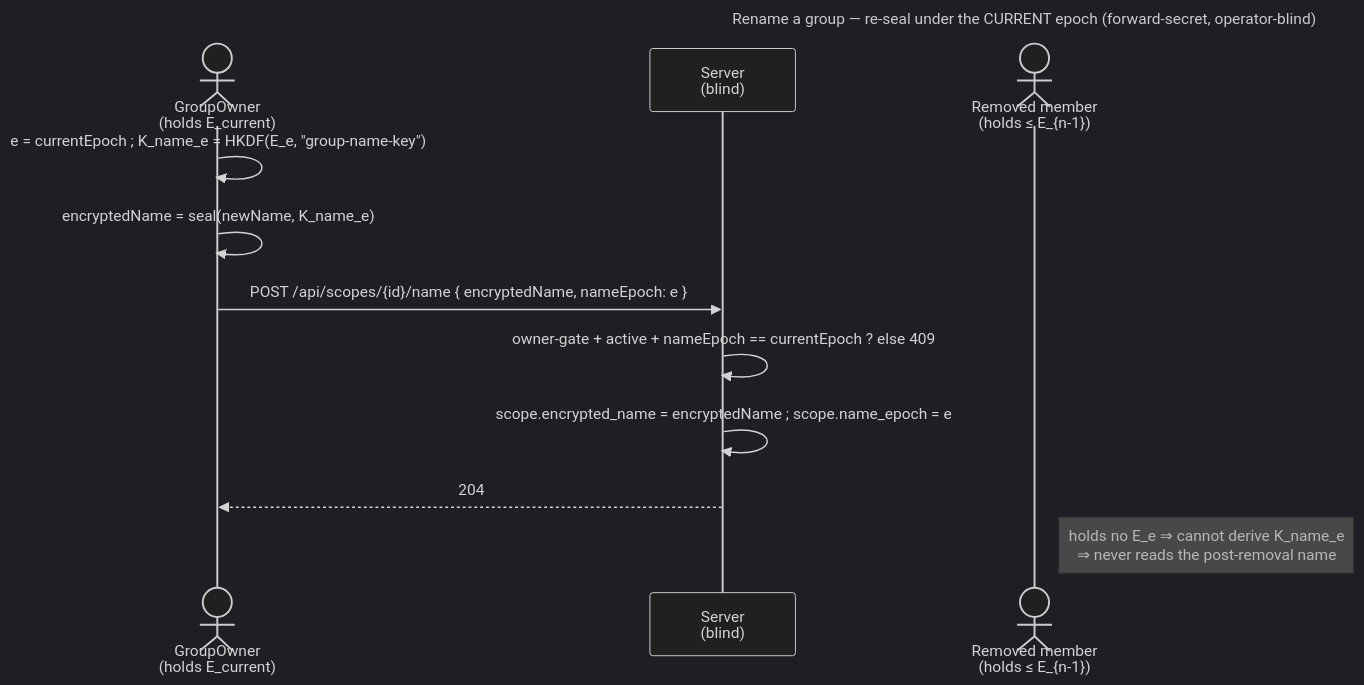
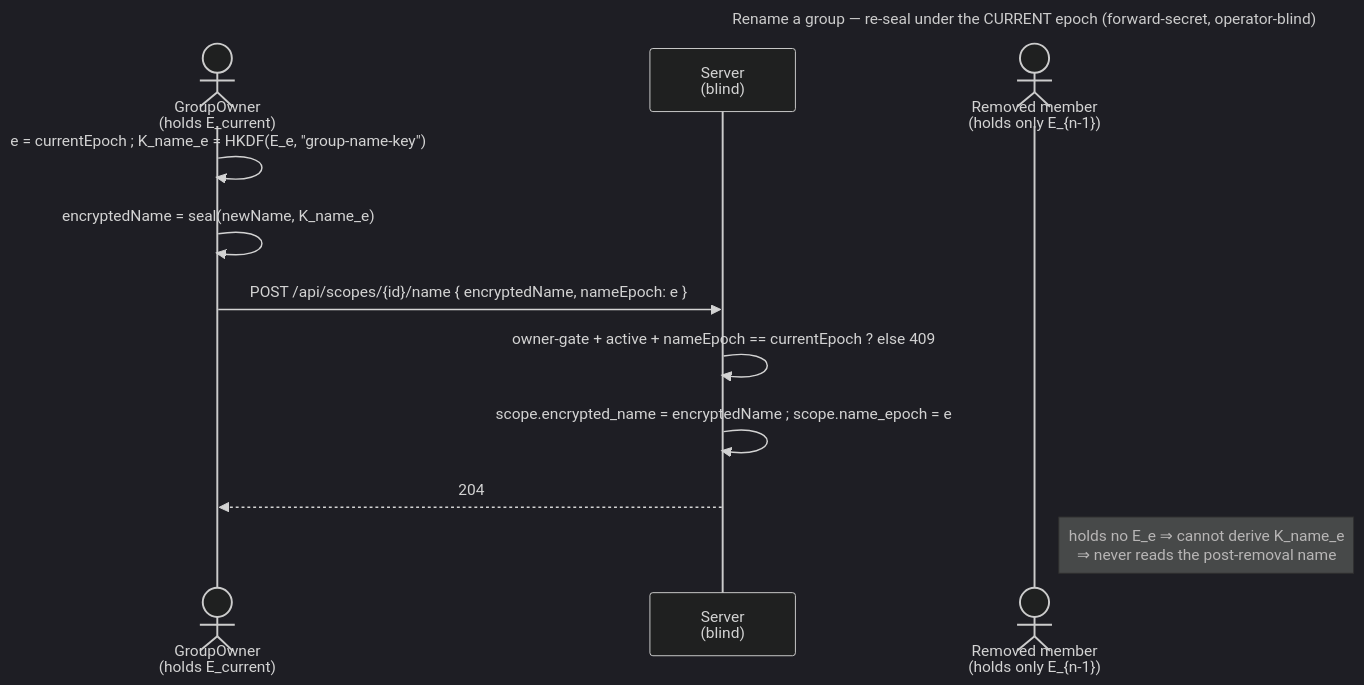
One commit to raddatzk/veyq changed the diagram in docs/features/spaces/use-cases/uc.spaces.rename-group.md. Above: the diagram before and after it, drawn with Mermaid (dark theme). The commit also changed other lines of this file and 80 other files, not shown here.

````diff
--- a/docs/features/spaces/use-cases/uc.spaces.rename-group.md
+++ b/docs/features/spaces/use-cases/uc.spaces.rename-group.md
@@ -41,16 +40,16 @@
 ```mermaid
 ---
 title: Rename a group — re-seal under the CURRENT epoch (forward-secret, operator-blind)
 ---
 sequenceDiagram
   actor O as GroupOwner<br>(holds E_current)
   participant S as Server<br>(blind)
-  actor R as Removed member<br>(holds ≤ E_{n-1})
+  actor R as Removed member<br>(holds only E_{n-1})
   O->>O: e = currentEpoch #59; K_name_e = HKDF(E_e, "group-name-key")
   O->>O: encryptedName = seal(newName, K_name_e)
   O->>S: POST /api/scopes/{id}/name { encryptedName, nameEpoch: e }
   S->>S: owner-gate + active + nameEpoch == currentEpoch ? else 409
   S->>S: scope.encrypted_name = encryptedName #59; scope.name_epoch = e
   S-->>O: 204
   Note right of R: holds no E_e ⇒ cannot derive K_name_e<br>⇒ never reads the post-removal name
 ```
````
